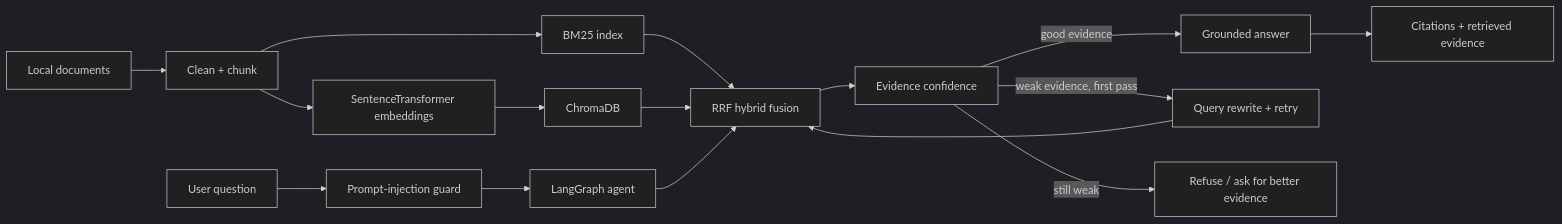
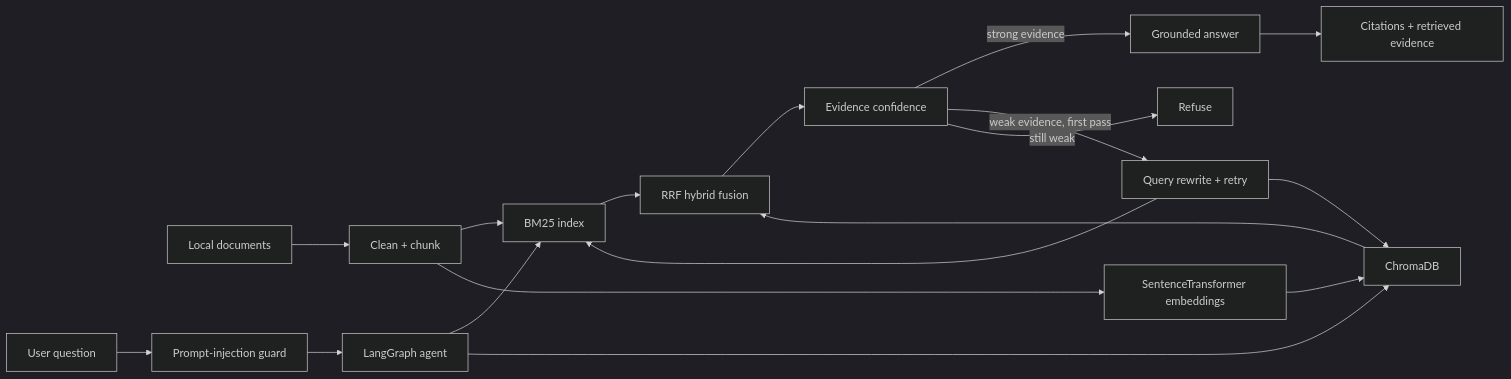
The diagram in README.md (MEIYI-Lu/local-research-copilot), drawn with Mermaid (dark theme) before and after one commit. The commit also changed other lines of this file and 13 other files, not shown here.

````diff
--- a/README.md
+++ b/README.md
@@ -23,18 +34,24 @@
 ```mermaid
 flowchart LR
     A[Local documents] --> B[Clean + chunk]
     B --> C[BM25 index]
     B --> D[SentenceTransformer embeddings]
     D --> E[ChromaDB]
+
+    Q[User question] --> G[Prompt-injection guard]
+    G --> H[LangGraph agent]
+    H --> C
+    H --> E
+
     C --> F[RRF hybrid fusion]
     E --> F
-    Q[User question] --> G[Prompt-injection guard]
-    G --> H[LangGraph agent]
-    H --> F
     F --> I[Evidence confidence]
-    I -->|good evidence| J[Grounded answer]
+
+    I -->|strong evidence| J[Grounded answer]
     I -->|weak evidence, first pass| K[Query rewrite + retry]
-    K --> F
-    I -->|still weak| L[Refuse / ask for better evidence]
+    K --> C
+    K --> E
+    I -->|still weak| L[Refuse]
+
     J --> M[Citations + retrieved evidence]
 ```
````
